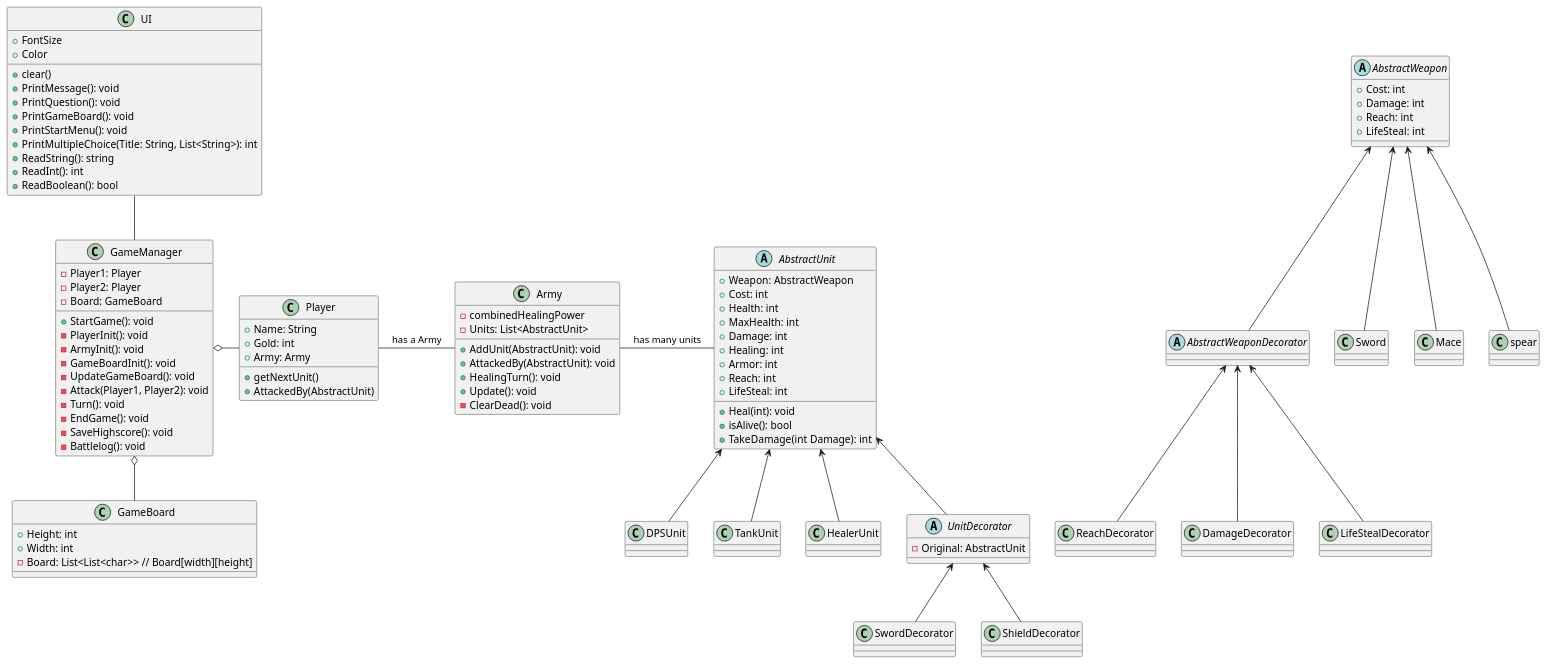
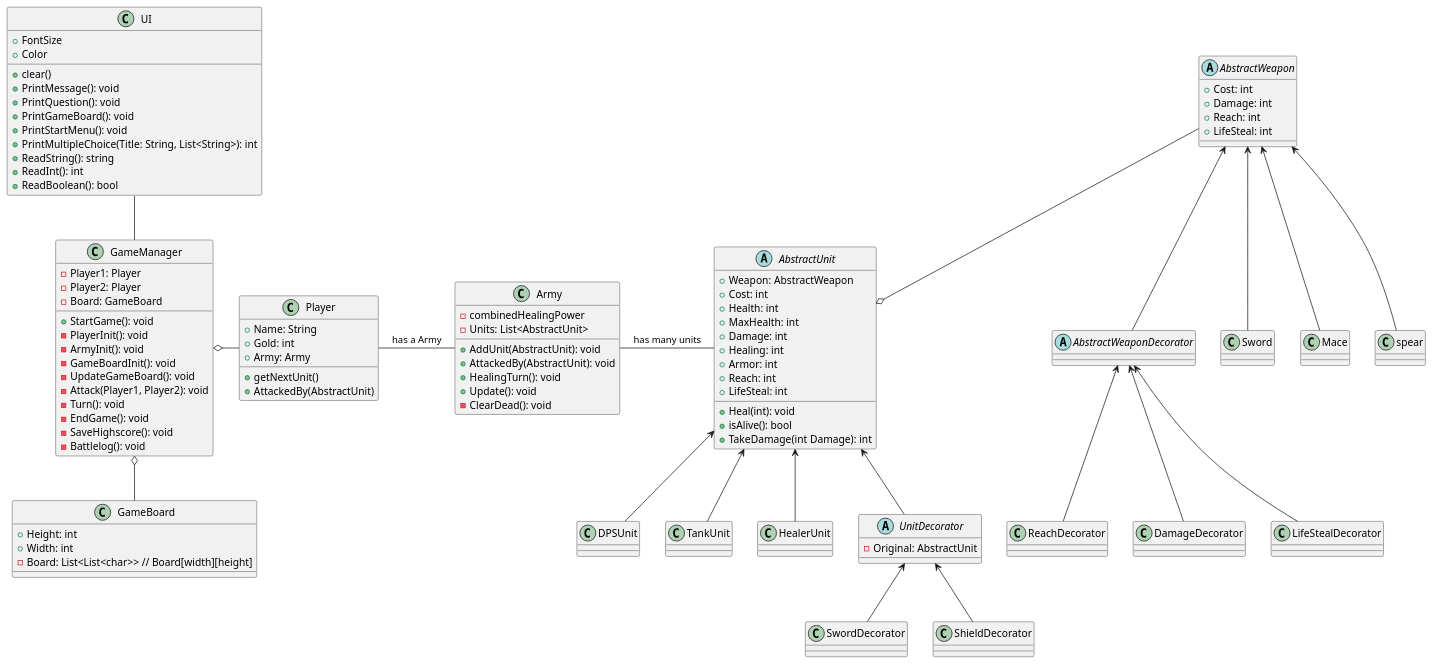
Before and after one commit to Fargekritt/SoftwareDesignEksamen: the diagram in SoftwareDesignEksamen/Eksamen.puml, drawn with PlantUML. The commit also changed 7 other files, not shown here.

Commit message:
AbstractShield and AbstractWeapon has has base constructor that sets all properties to 0 Created NoShield and NoSword Added Cost to Shield

```diff
--- a/SoftwareDesignEksamen/Eksamen.puml
+++ b/SoftwareDesignEksamen/Eksamen.puml
@@ -1,117 +1,118 @@
 @startuml
 'https://plantuml.com/class-diagram
 class UI{
 + FontSize
 + Color
 + clear()
 + PrintMessage(): void
 + PrintQuestion(): void
 + PrintGameBoard(): void
 + PrintStartMenu(): void
 + PrintMultipleChoice(Title: String, List<String>): int
 + ReadString(): string
 + ReadInt(): int
 + ReadBoolean(): bool
 }
 class GameManager{
 - Player1: Player
 - Player2: Player
 - Board: GameBoard 
 + StartGame(): void
 - PlayerInit(): void
 - ArmyInit(): void
 - GameBoardInit(): void
 - UpdateGameBoard(): void
 - Attack(Player1, Player2): void
 - Turn(): void
 - EndGame(): void
 - SaveHighscore(): void
 - Battlelog(): void
 }
 class GameBoard{
 + Height: int
 + Width: int
 - Board: List<List<char>> // Board[width][height]
 }
 
 
 class Army {
 - combinedHealingPower
 - Units: List<AbstractUnit>
 + AddUnit(AbstractUnit): void
 + AttackedBy(AbstractUnit): void
 + HealingTurn(): void
 + Update(): void
 - ClearDead(): void
 }
 class Player{
 + Name: String
 + Gold: int
 + Army: Army
 + getNextUnit()
 + AttackedBy(AbstractUnit)
 }
 
 abstract class AbstractUnit{
 + Weapon: AbstractWeapon
 + Cost: int
 + Health: int
 + MaxHealth: int
 + Damage: int
 + Healing: int
 + Armor: int
 + Reach: int
 + Heal(int): void
 + LifeSteal: int
 + isAlive(): bool
 + TakeDamage(int Damage): int
 }
 class DPSUnit
 class TankUnit
 class HealerUnit
 abstract class UnitDecorator{
 - Original: AbstractUnit
 }
 class SwordDecorator
 class ShieldDecorator
 
 abstract class AbstractWeapon{
 + Cost: int
 + Damage: int
 + Reach: int
 + LifeSteal: int
 }
 
 abstract class AbstractWeaponDecorator
 class ReachDecorator
 class DamageDecorator
 class LifeStealDecorator
 
 class Sword
 class Mace
 class spear
 
 AbstractWeapon <-- AbstractWeaponDecorator
 AbstractWeapon <-- Sword
 AbstractWeapon <-- Mace
 AbstractWeapon <-- spear
 
 AbstractWeaponDecorator <-- ReachDecorator
 AbstractWeaponDecorator <-- DamageDecorator
 AbstractWeaponDecorator <-- LifeStealDecorator
 
 UI -- GameManager
 GameManager o- Player
 GameManager o-- GameBoard
 Player - Army : has a Army
 Army - AbstractUnit : has many units
+AbstractWeapon --o AbstractUnit
 AbstractUnit <-- DPSUnit
 AbstractUnit <-- TankUnit
 AbstractUnit <-- HealerUnit
 AbstractUnit <-- UnitDecorator
 UnitDecorator <-- ShieldDecorator
 UnitDecorator <-- SwordDecorator
 
 
 
 @enduml
```
